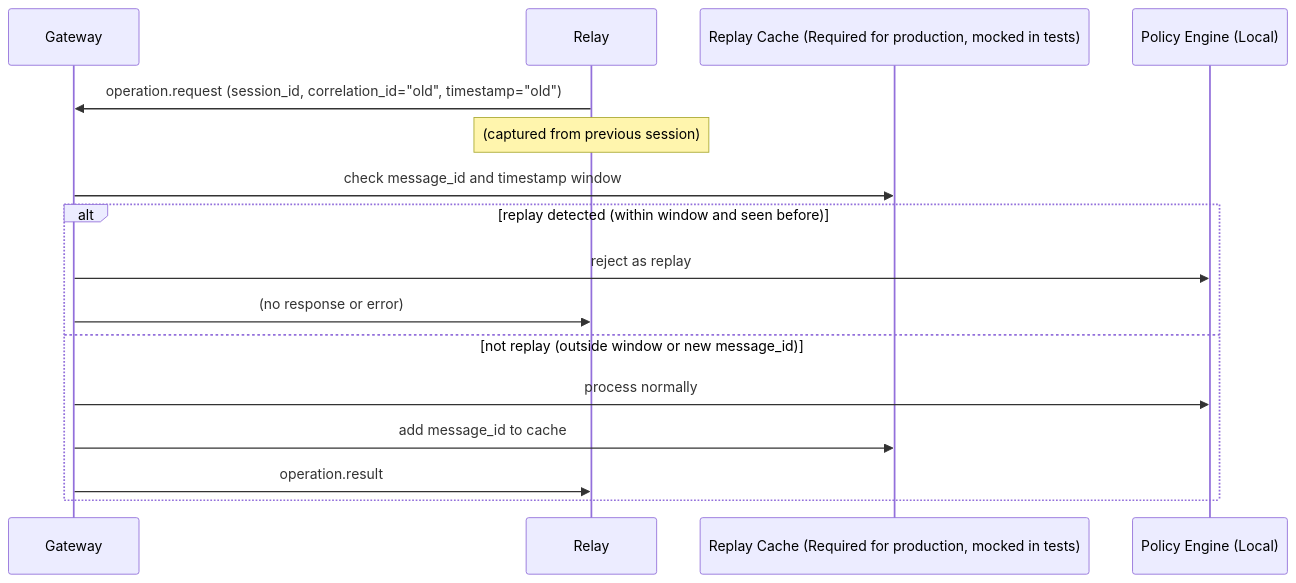
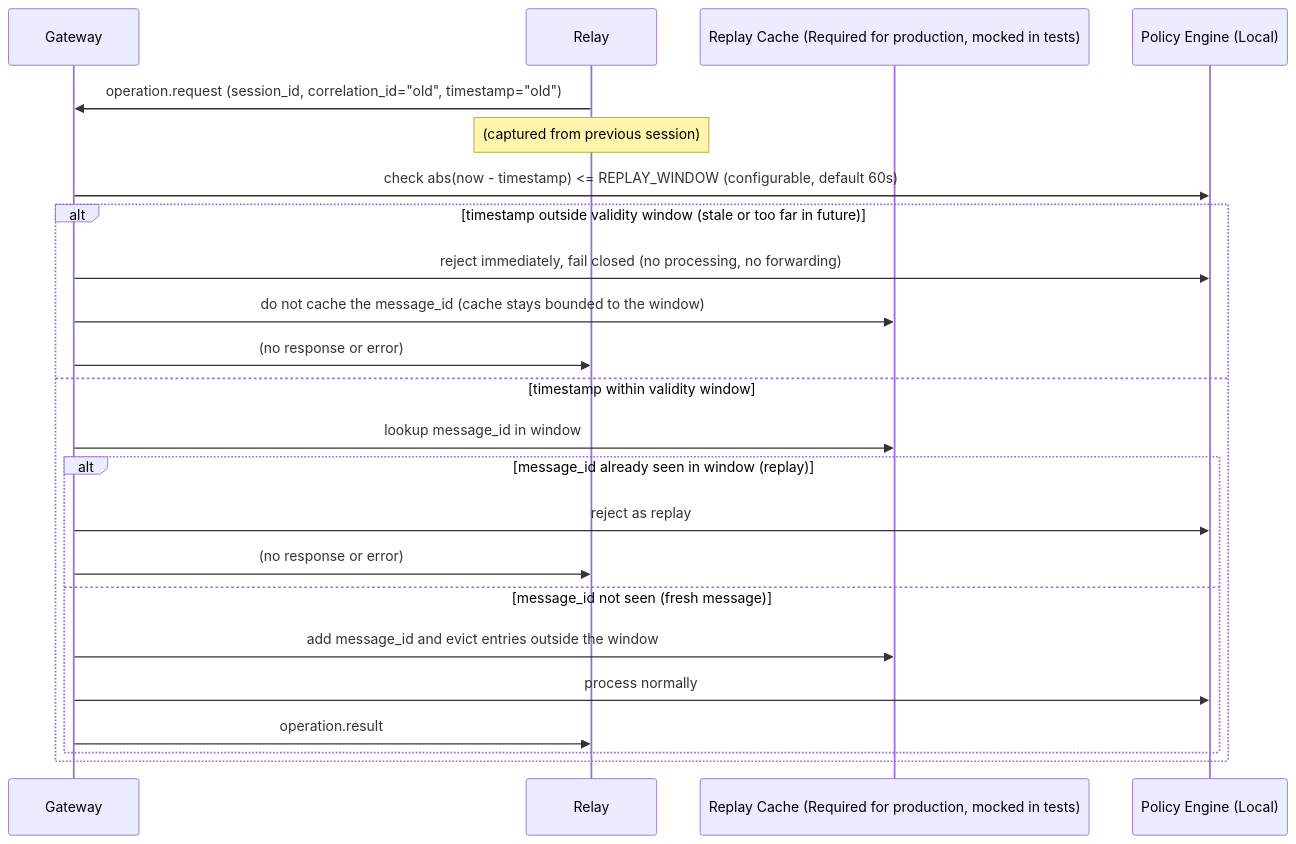
The fifth of 8 diagrams in docs/security/sequence-diagrams.md (oaslananka/kicad-mcp-pro-gateway), drawn with Mermaid before and after one commit. The commit also changed other lines of this file and 3 other files, not shown here.

First line of the commit message:
docs: fail closed on out-of-window messages and pin relay identity to TLS

````diff
--- a/docs/security/sequence-diagrams.md
+++ b/docs/security/sequence-diagrams.md
@@ -113,19 +124,26 @@
 ```mermaid
 sequenceDiagram
     participant Gateway
     participant Relay
     participant ReplayCache as Replay Cache (Required for production, mocked in tests)
     participant PolicyEngine as Policy Engine (Local)
 
     Relay->>Gateway: operation.request (session_id, correlation_id="old", timestamp="old")
     Note over Relay: (captured from previous session)
-    Gateway->>ReplayCache: check message_id and timestamp window
-    alt replay detected (within window and seen before)
-        Gateway->>PolicyEngine: reject as replay
+    Gateway->>PolicyEngine: check abs(now - timestamp) <= REPLAY_WINDOW (configurable, default 60s)
+    alt timestamp outside validity window (stale or too far in future)
+        Gateway->>PolicyEngine: reject immediately, fail closed (no processing, no forwarding)
+        Gateway->>ReplayCache: do not cache the message_id (cache stays bounded to the window)
         Gateway->>Relay: (no response or error)
-    else not replay (outside window or new message_id)
-        Gateway->>PolicyEngine: process normally
-        Gateway->>ReplayCache: add message_id to cache
-        Gateway->>Relay: operation.result
+    else timestamp within validity window
+        Gateway->>ReplayCache: lookup message_id in window
+        alt message_id already seen in window (replay)
+            Gateway->>PolicyEngine: reject as replay
+            Gateway->>Relay: (no response or error)
+        else message_id not seen (fresh message)
+            Gateway->>ReplayCache: add message_id and evict entries outside the window
+            Gateway->>PolicyEngine: process normally
+            Gateway->>Relay: operation.result
+        end
     end
 ```
````
